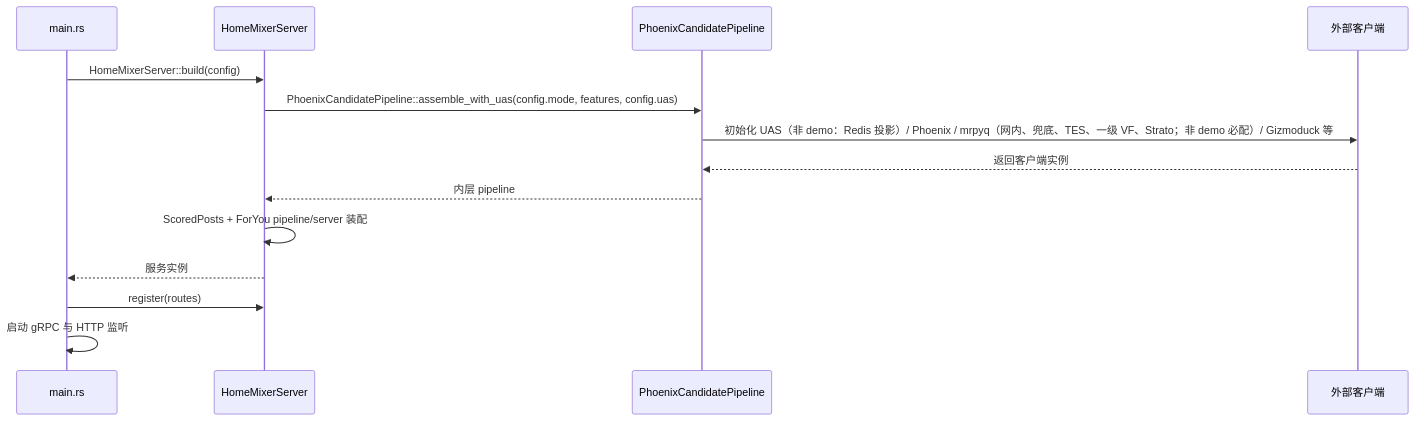
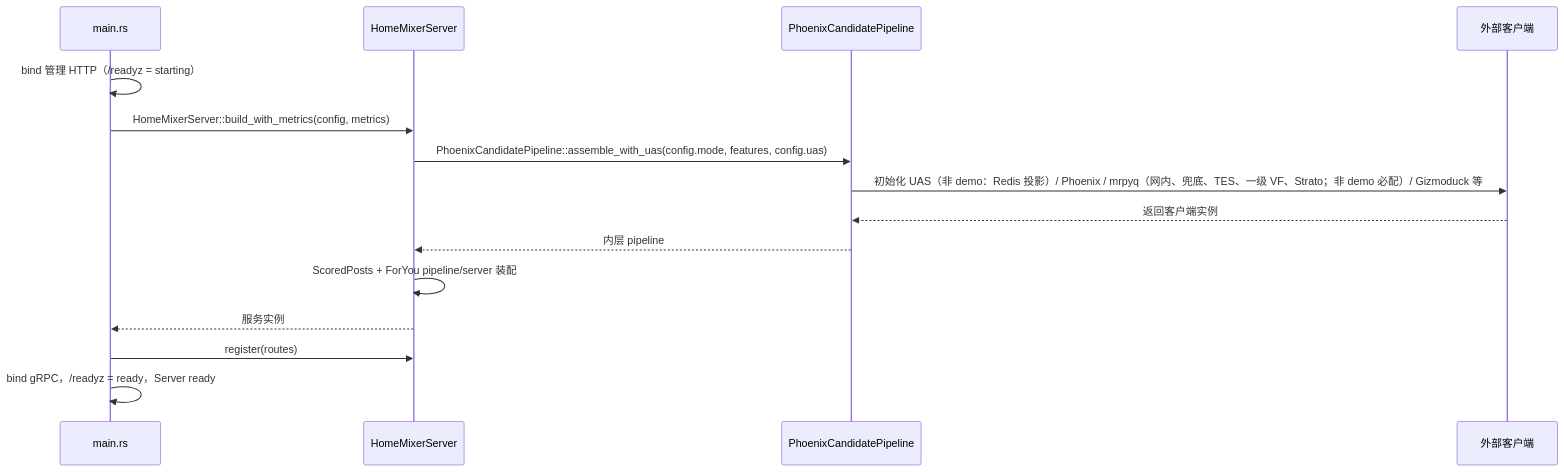
One commit to freefcw/x-algorithm changed the first of 3 diagrams in docs/home-mixer/02-request-lifecycle.md. Above: the diagram before and after it, drawn with Mermaid. The commit also changed other lines of this file and 7 other files, not shown here.

First line of the commit message:
docs: 同步 home-mixer 探活、指标与关停合同

````diff
--- a/docs/home-mixer/02-request-lifecycle.md
+++ b/docs/home-mixer/02-request-lifecycle.md
@@ -17,17 +20,18 @@
 ```mermaid
 sequenceDiagram
     participant Main as main.rs
     participant Server as HomeMixerServer
     participant Pipeline as PhoenixCandidatePipeline
     participant Clients as 外部客户端
 
-    Main->>Server: HomeMixerServer::build(config)
+    Main->>Main: bind 管理 HTTP（/readyz = starting）
+    Main->>Server: HomeMixerServer::build_with_metrics(config, metrics)
     Server->>Pipeline: PhoenixCandidatePipeline::assemble_with_uas(config.mode, features, config.uas)
     Pipeline->>Clients: 初始化 UAS（非 demo：Redis 投影）/ Phoenix / mrpyq（网内、兜底、TES、一级 VF、Strato；非 demo 必配）/ Gizmoduck 等
     Clients-->>Pipeline: 返回客户端实例
     Pipeline-->>Server: 内层 pipeline
     Server->>Server: ScoredPosts + ForYou pipeline/server 装配
     Server-->>Main: 服务实例
     Main->>Server: register(routes)
-    Main->>Main: 启动 gRPC 与 HTTP 监听
+    Main->>Main: bind gRPC，/readyz = ready，Server ready
 ```
````
